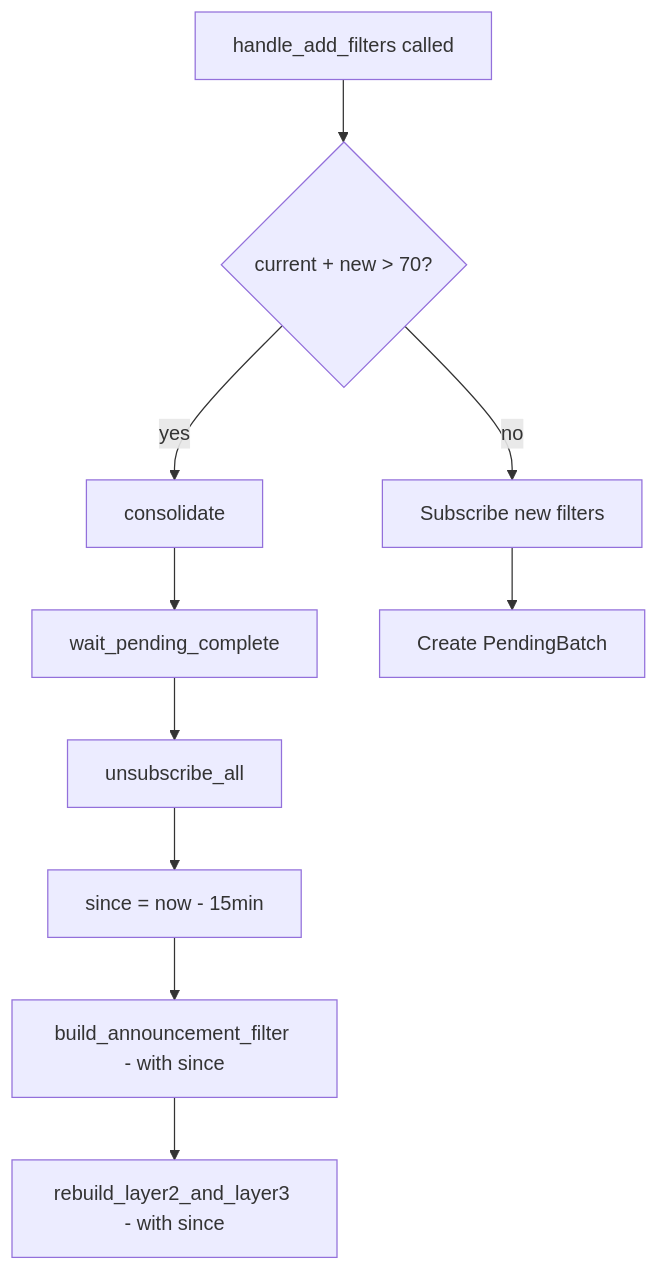
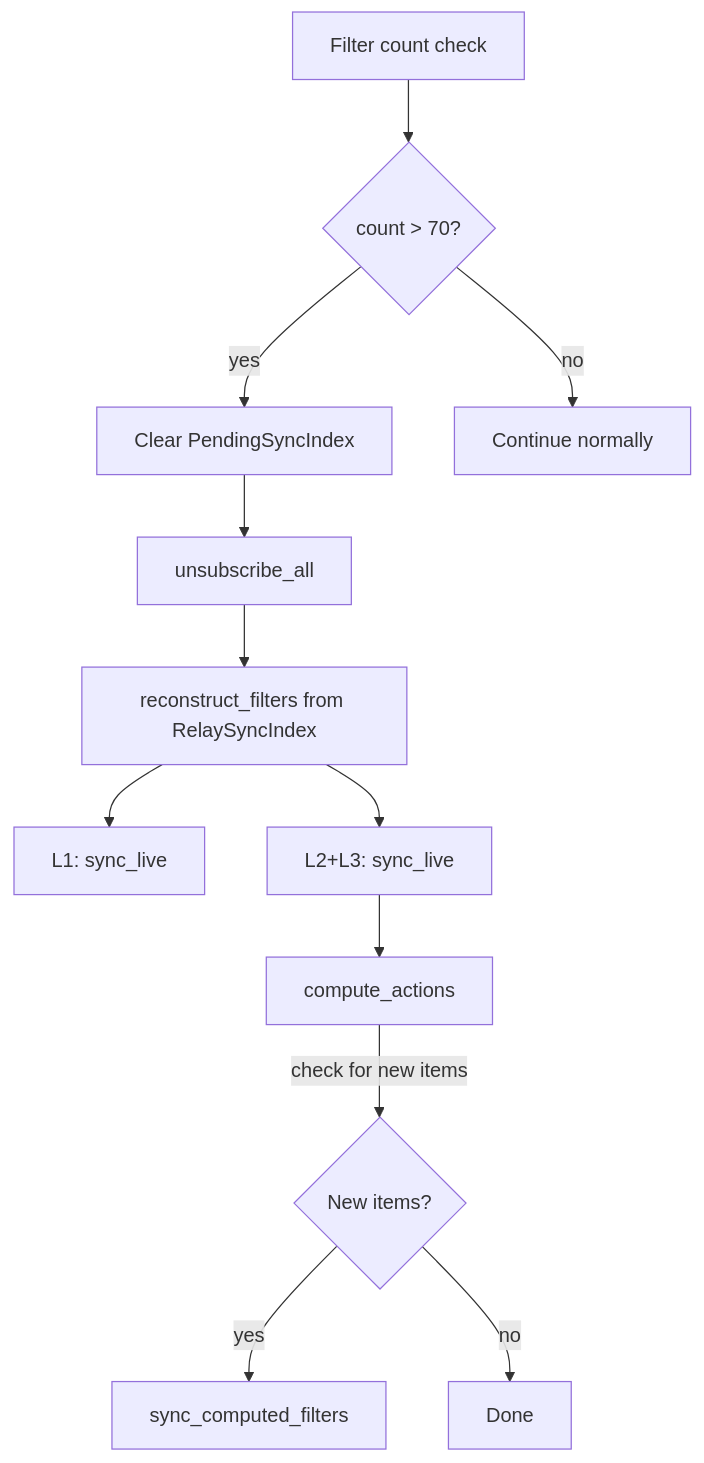
The sixth of 9 diagrams in docs/explanation/grasp-02-proactive-sync.md (Pleb5/ngit-grasp), drawn with Mermaid before and after one commit. The commit also changed other lines of this file and 3 other files, not shown here.

````diff
--- a/docs/explanation/grasp-02-proactive-sync.md
+++ b/docs/explanation/grasp-02-proactive-sync.md
@@ -248,12 +285,14 @@
 ```mermaid
 flowchart TB
-    AF[handle_add_filters called] --> COUNT{current + new > 70?}
-    COUNT --> |yes| CONSOLIDATE[consolidate]
-    CONSOLIDATE --> WAIT_PEND[wait_pending_complete]
-    WAIT_PEND --> CLOSE[unsubscribe_all]
-    CLOSE --> SINCE[since = now - 15min]
-    SINCE --> L1[build_announcement_filter - with since]
-    L1 --> L23[rebuild_layer2_and_layer3 - with since]
-    COUNT --> |no| SUB[Subscribe new filters]
-    SUB --> PB[Create PendingBatch]
+    CHECK[Filter count check] --> THRESHOLD{count > 70?}
+    THRESHOLD --> |yes| CLEAR_PSI[Clear PendingSyncIndex]
+    CLEAR_PSI --> UNSUB[unsubscribe_all]
+    UNSUB --> RECON[reconstruct_filters from RelaySyncIndex]
+    RECON --> L1_LIVE[L1: sync_live]
+    RECON --> L23_LIVE[L2+L3: sync_live]
+    L23_LIVE --> CA[compute_actions]
+    CA --> |check for new items| AF{New items?}
+    AF --> |yes| SFRE[sync_computed_filters]
+    AF --> |no| DONE[Done]
+    THRESHOLD --> |no| SKIP[Continue normally]
 ```
````
